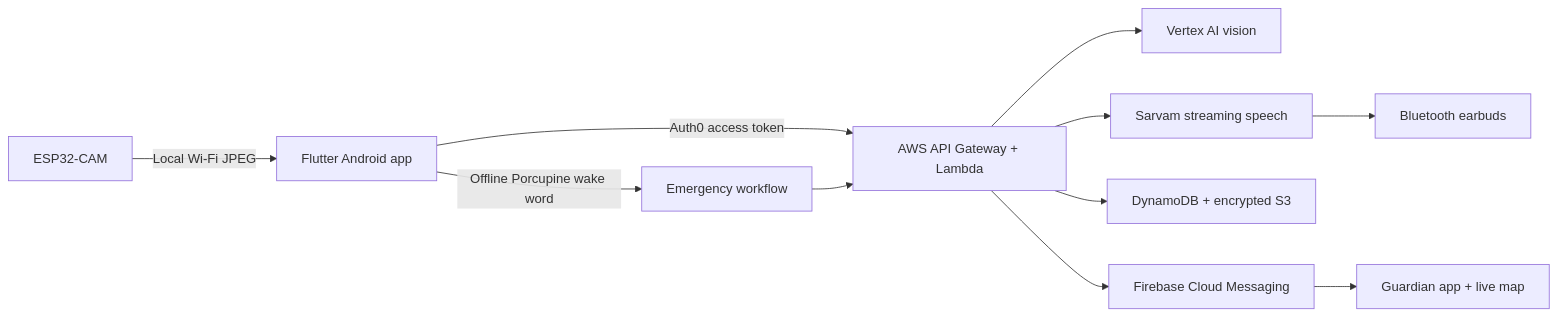
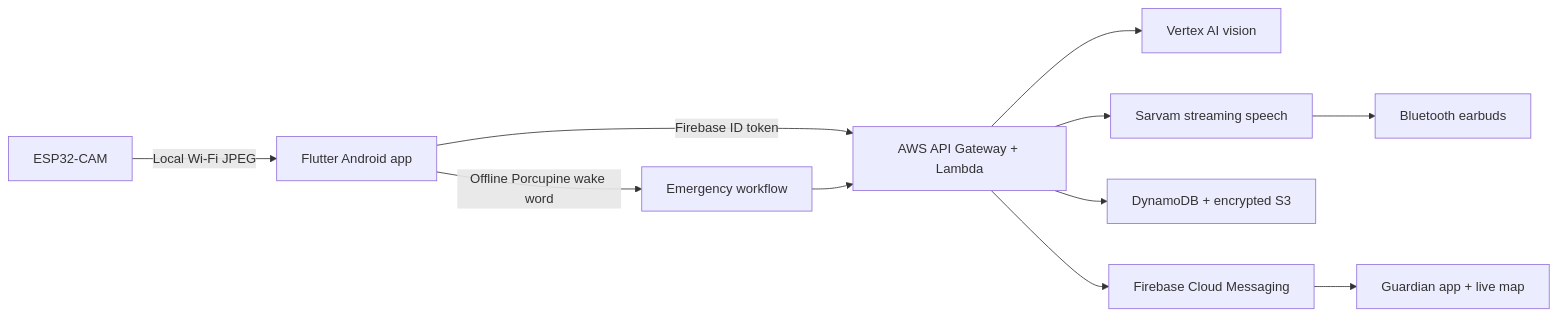
Before and after one commit to beyondmarks-ai/Blind-Way: the diagram in README.md, drawn with Mermaid. The commit also changed other lines of this file and 23 other files, not shown here.

Commit message:
Replace Auth0 with Firebase phone authentication

````diff
--- a/README.md
+++ b/README.md
@@ -25,13 +25,13 @@
 ```mermaid
 flowchart LR
   Cam[ESP32-CAM] -->|Local Wi-Fi JPEG| App[Flutter Android app]
-  App -->|Auth0 access token| API[AWS API Gateway + Lambda]
+  App -->|Firebase ID token| API[AWS API Gateway + Lambda]
   API --> Vision[Vertex AI vision]
   API --> Voice[Sarvam streaming speech]
   Voice --> Buds[Bluetooth earbuds]
   API --> Data[DynamoDB + encrypted S3]
   API --> Push[Firebase Cloud Messaging]
   Push --> Guardian[Guardian app + live map]
   App -->|Offline Porcupine wake word| SOS[Emergency workflow]
   SOS --> API
 ```
````
